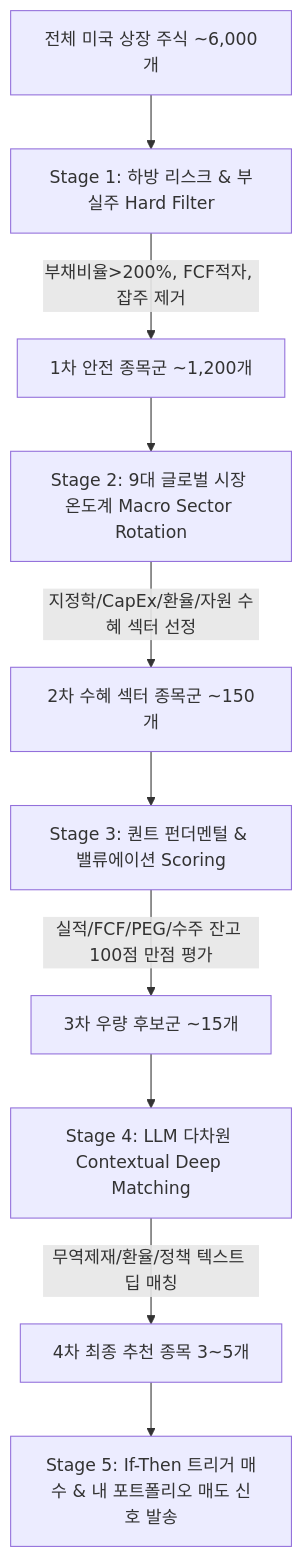
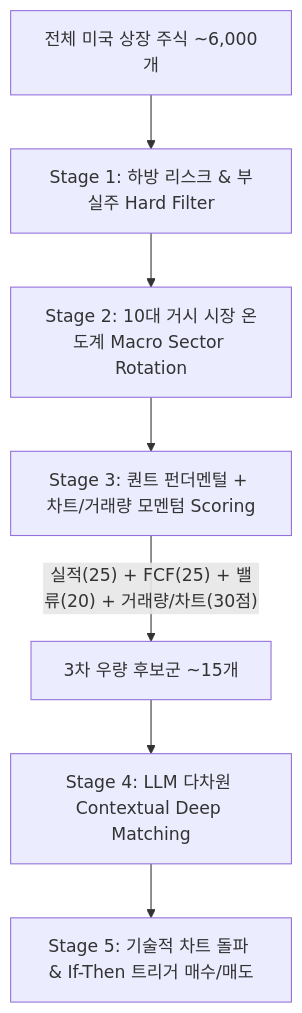
Before and after one commit to tjrdlsck/StockLatte: the second of 2 diagrams in docs/proposals/MACRO_STOCK_RECOMMENDATION_PROPOSAL.md, drawn with Mermaid. The commit also changed other lines of this file, not shown here.

First line of the commit message:
[docs]: OHLCV 주가 차트·거래량 폭증·200MA·OBV 기술적 분석 파이프라인 추가

````diff
--- a/docs/proposals/MACRO_STOCK_RECOMMENDATION_PROPOSAL.md
+++ b/docs/proposals/MACRO_STOCK_RECOMMENDATION_PROPOSAL.md
@@ -22,12 +58,9 @@
 ```mermaid
 flowchart TD
     A[전체 미국 상장 주식 ~6,000개] --> B[Stage 1: 하방 리스크 & 부실주 Hard Filter]
-    B -- 부채비율>200%, FCF적자, 잡주 제거 --> C[1차 안전 종목군 ~1,200개]
-    C --> D[Stage 2: 9대 글로벌 시장 온도계 Macro Sector Rotation]
-    D -- 지정학/CapEx/환율/자원 수혜 섹터 선정 --> E[2차 수혜 섹터 종목군 ~150개]
-    E --> F[Stage 3: 퀀트 펀더멘털 & 밸류에이션 Scoring]
-    F -- 실적/FCF/PEG/수주 잔고 100점 만점 평가 --> G[3차 우량 후보군 ~15개]
-    G --> H[Stage 4: LLM 다차원 Contextual Deep Matching]
-    H -- 무역제재/환율/정책 텍스트 딥 매칭 --> I[4차 최종 추천 종목 3~5개]
-    I --> J[Stage 5: If-Then 트리거 매수 & 내 포트폴리오 매도 신호 발송]
+    B --> C[Stage 2: 10대 거시 시장 온도계 Macro Sector Rotation]
+    C --> D[Stage 3: 퀀트 펀더멘털 + 차트/거래량 모멘텀 Scoring]
+    D -- 실적(25) + FCF(25) + 밸류(20) + 거래량/차트(30점) --> E[3차 우량 후보군 ~15개]
+    E --> F[Stage 4: LLM 다차원 Contextual Deep Matching]
+    F --> G[Stage 5: 기술적 차트 돌파 & If-Then 트리거 매수/매도]
 ```
````
